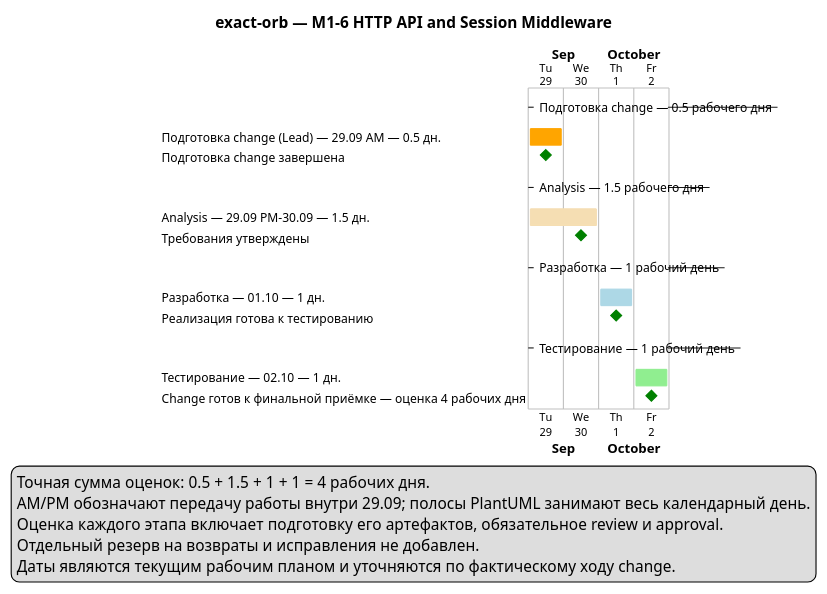
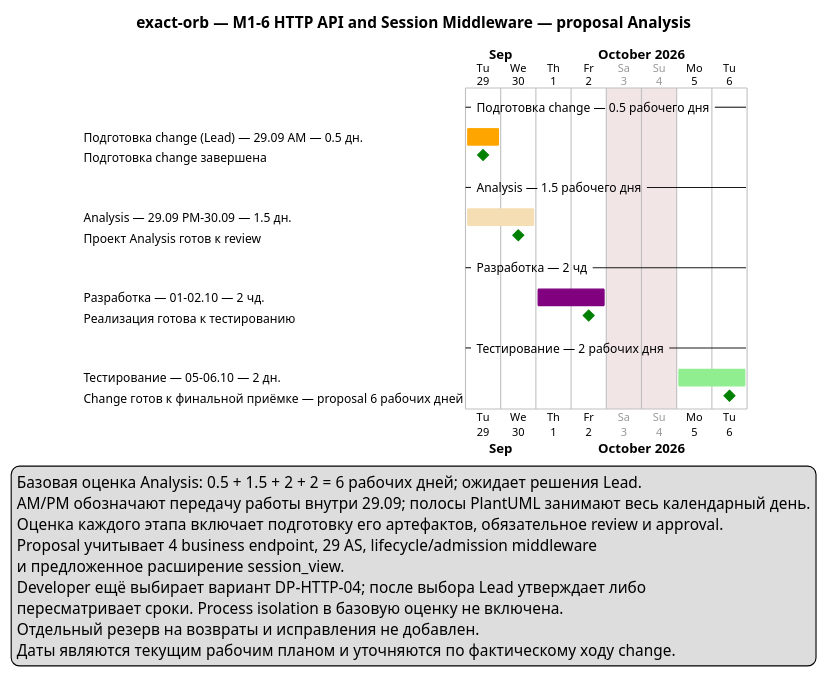
One commit to ksenia-baranova/exact-orb-demo changed the diagram in docs/project_management/change_plans/http-api-and-session-middleware.puml. Above: the diagram before and after it, drawn with PlantUML. The commit also changed 36 other files, not shown here.

First line of the commit message:
docs: define HTTP API and session middleware contract

```diff
--- a/docs/project_management/change_plans/http-api-and-session-middleware.puml
+++ b/docs/project_management/change_plans/http-api-and-session-middleware.puml
@@ -1,48 +1,52 @@
 @startgantt
-' Рабочая оценка текущего change.
+' Базовая оценка Analysis; Lead её ещё не утверждал.
 ' AM/PM сохраняют половины дня, которые дневная шкала PlantUML
 ' не может показать отдельной шириной полосы.
 
-title exact-orb — M1-6 HTTP API and Session Middleware
+title exact-orb — M1-6 HTTP API and Session Middleware — proposal Analysis
 Project starts 2026-09-29
 printscale daily zoom 2
 Label on first column
 saturday are closed
 sunday are closed
 
 -- Подготовка change — 0.5 рабочего дня --
 
 [Подготовка change (Lead) — 29.09 AM — 0.5 дн.] as [CHANGE] starts 2026-09-29 and ends 2026-09-29
 [CHANGE] is colored in Orange
 [Подготовка change завершена] as [CHANGE_DONE] happens 2026-09-29
 [CHANGE_DONE] is colored in Green
 
 -- Analysis — 1.5 рабочего дня --
 
 [Analysis — 29.09 PM–30.09 — 1.5 дн.] as [ANALYSIS] starts 2026-09-29 and ends 2026-09-30
 [ANALYSIS] is colored in Wheat
-[Требования утверждены] as [ANALYSIS_DONE] happens 2026-09-30
+[Проект Analysis готов к review] as [ANALYSIS_DONE] happens 2026-09-30
 [ANALYSIS_DONE] is colored in Green
 
--- Разработка — 1 рабочий день --
+-- Разработка — 2 чд --
 
-[Разработка — 01.10 — 1 дн.] as [DEVELOPMENT] starts 2026-10-01 and ends 2026-10-01
-[DEVELOPMENT] is colored in LightBlue
-[Реализация готова к тестированию] as [DEVELOPMENT_DONE] happens 2026-10-01
+[Разработка — 01–02.10 — 2 чд.] as [DEVELOPMENT_AGENTS] starts 2026-10-01 and ends 2026-10-02
+[DEVELOPMENT_AGENTS] is colored in Purple
+[Реализация готова к тестированию] as [DEVELOPMENT_DONE] happens 2026-10-02
 [DEVELOPMENT_DONE] is colored in Green
 
--- Тестирование — 1 рабочий день --
+-- Тестирование — 2 рабочих дня --
 
-[Тестирование — 02.10 — 1 дн.] as [TESTING] starts 2026-10-02 and ends 2026-10-02
+[Тестирование — 05–06.10 — 2 дн.] as [TESTING] starts 2026-10-05 and ends 2026-10-06
 [TESTING] is colored in LightGreen
-[Change готов к финальной приёмке — оценка 4 рабочих дня] as [CHANGE_READY] happens 2026-10-02
+[Change готов к финальной приёмке — proposal 6 рабочих дней] as [CHANGE_READY] happens 2026-10-06
 [CHANGE_READY] is colored in Green
 
 legend bottom
-  Точная сумма оценок: 0.5 + 1.5 + 1 + 1 = 4 рабочих дня.
+  Базовая оценка Analysis: 0.5 + 1.5 + 2 + 2 = 6 рабочих дней; ожидает решения Lead.
   AM/PM обозначают передачу работы внутри 29.09; полосы PlantUML занимают весь календарный день.
   Оценка каждого этапа включает подготовку его артефактов, обязательное review и approval.
+  Proposal учитывает 4 business endpoint, 29 AS, lifecycle/admission middleware
+  и предложенное расширение session_view.
+  Developer ещё выбирает вариант DP-HTTP-04; после выбора Lead утверждает либо
+  пересматривает сроки. Process isolation в базовую оценку не включена.
   Отдельный резерв на возвраты и исправления не добавлен.
   Даты являются текущим рабочим планом и уточняются по фактическому ходу change.
 endlegend
 @endgantt
```
